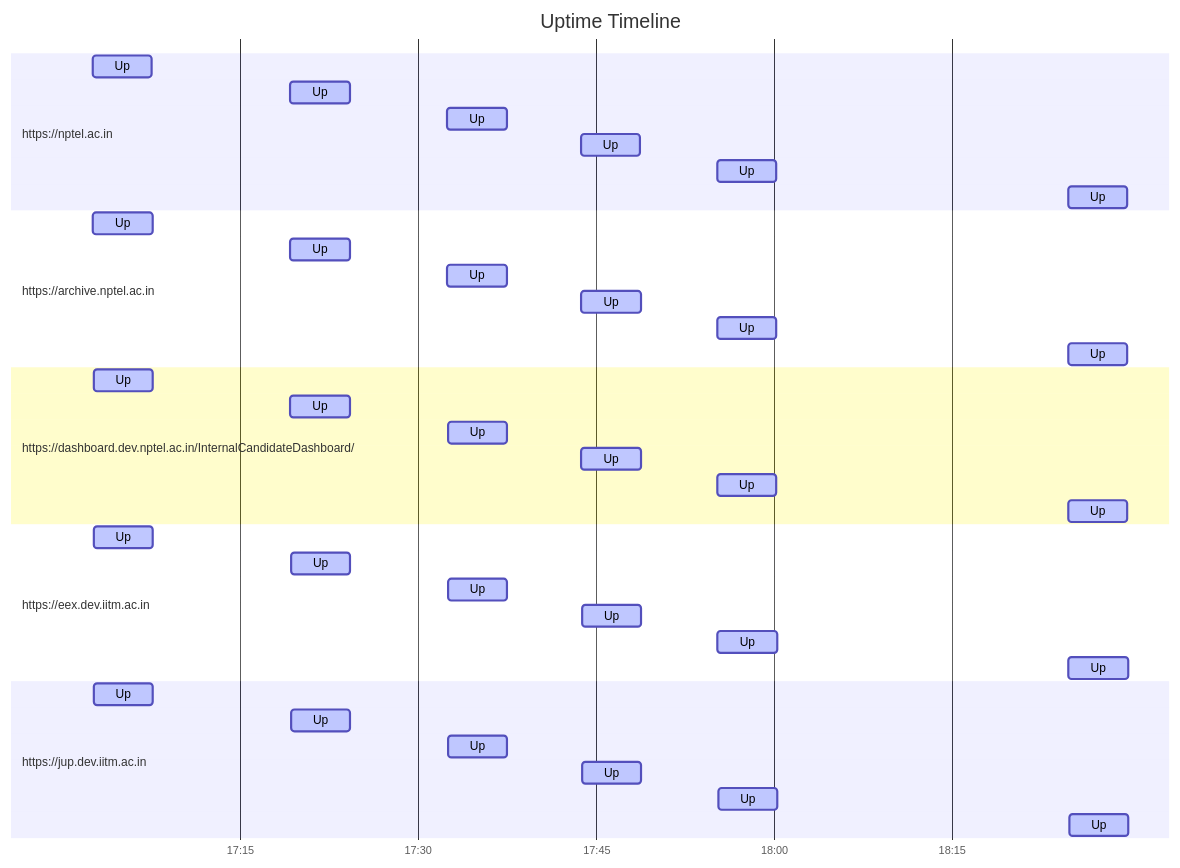
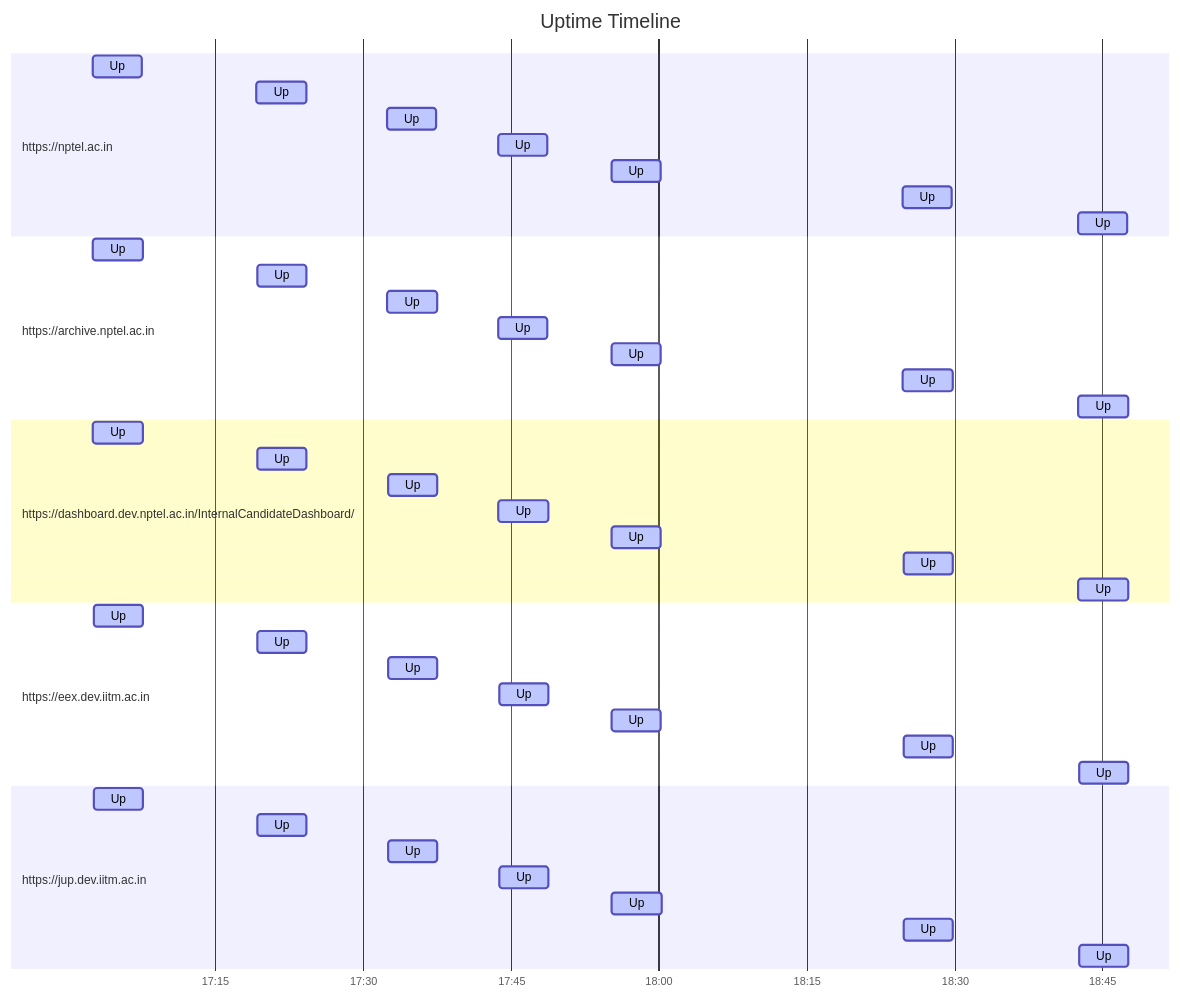
Before and after one commit to nchandra75/monitor: the diagram in results.md, drawn with Mermaid. The commit also changed other lines of this file and 1 other file, not shown here.

````diff
--- a/results.md
+++ b/results.md
@@ -21,41 +21,46 @@
 ```mermaid
 gantt
     title Uptime Timeline
     dateFormat YYYY-MM-DD HH:mm:ss
     axisFormat %H:%M
     section https://nptel.ac.in
         Up: active, 2024-09-13 17:02:35, 5m
         Up: active, 2024-09-13 17:19:13, 5m
         Up: active, 2024-09-13 17:32:28, 5m
         Up: active, 2024-09-13 17:43:43, 5m
         Up: active, 2024-09-13 17:55:11, 5m
         Up: active, 2024-09-13 18:24:46, 5m
+        Up: active, 2024-09-13 18:42:34, 5m
     section https://archive.nptel.ac.in
         Up: active, 2024-09-13 17:02:37, 5m
         Up: active, 2024-09-13 17:19:15, 5m
         Up: active, 2024-09-13 17:32:29, 5m
         Up: active, 2024-09-13 17:43:45, 5m
         Up: active, 2024-09-13 17:55:13, 5m
         Up: active, 2024-09-13 18:24:47, 5m
+        Up: active, 2024-09-13 18:42:35, 5m
     section https://dashboard.dev.nptel.ac.in/InternalCandidateDashboard/
         Up: active, 2024-09-13 17:02:38, 5m
         Up: active, 2024-09-13 17:19:15, 5m
         Up: active, 2024-09-13 17:32:30, 5m
         Up: active, 2024-09-13 17:43:46, 5m
         Up: active, 2024-09-13 17:55:13, 5m
         Up: active, 2024-09-13 18:24:48, 5m
+        Up: active, 2024-09-13 18:42:36, 5m
     section https://eex.dev.iitm.ac.in
         Up: active, 2024-09-13 17:02:39, 5m
         Up: active, 2024-09-13 17:19:16, 5m
         Up: active, 2024-09-13 17:32:31, 5m
         Up: active, 2024-09-13 17:43:47, 5m
         Up: active, 2024-09-13 17:55:15, 5m
         Up: active, 2024-09-13 18:24:50, 5m
+        Up: active, 2024-09-13 18:42:37, 5m
     section https://jup.dev.iitm.ac.in
         Up: active, 2024-09-13 17:02:40, 5m
         Up: active, 2024-09-13 17:19:17, 5m
         Up: active, 2024-09-13 17:32:32, 5m
         Up: active, 2024-09-13 17:43:48, 5m
         Up: active, 2024-09-13 17:55:16, 5m
         Up: active, 2024-09-13 18:24:51, 5m
+        Up: active, 2024-09-13 18:42:38, 5m
 ```
````
